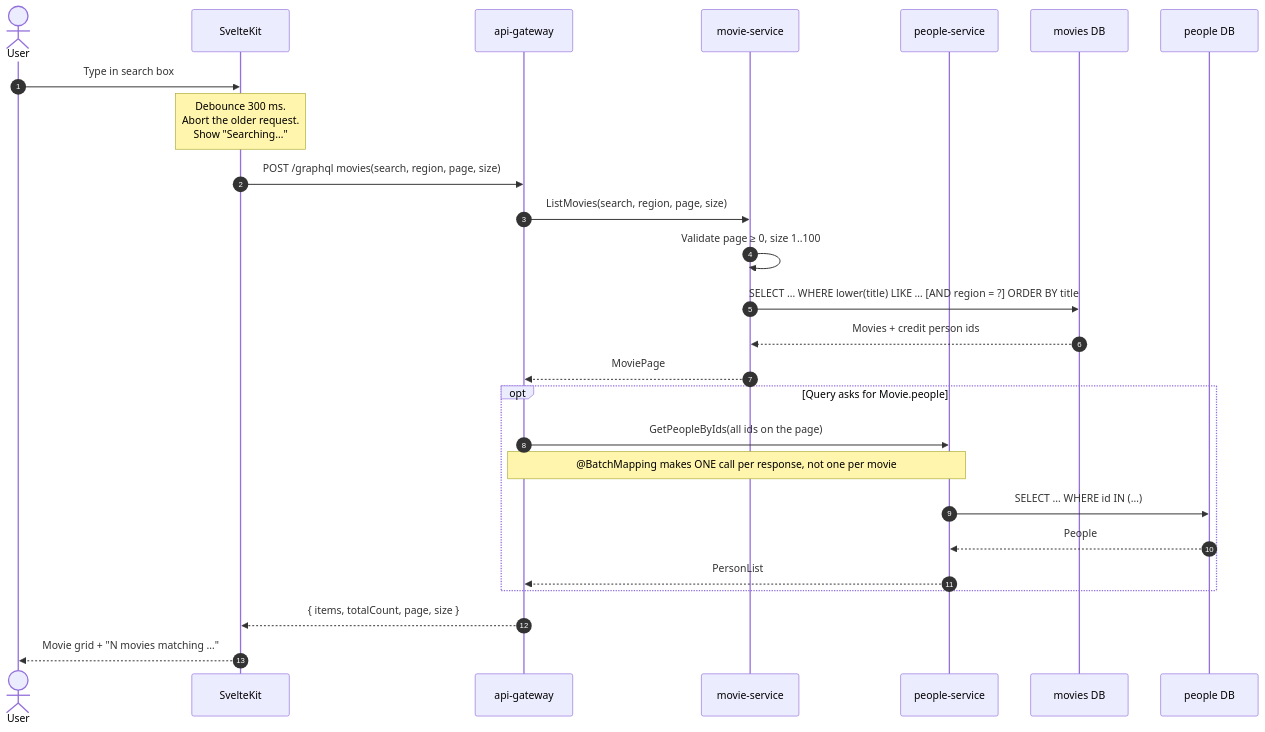
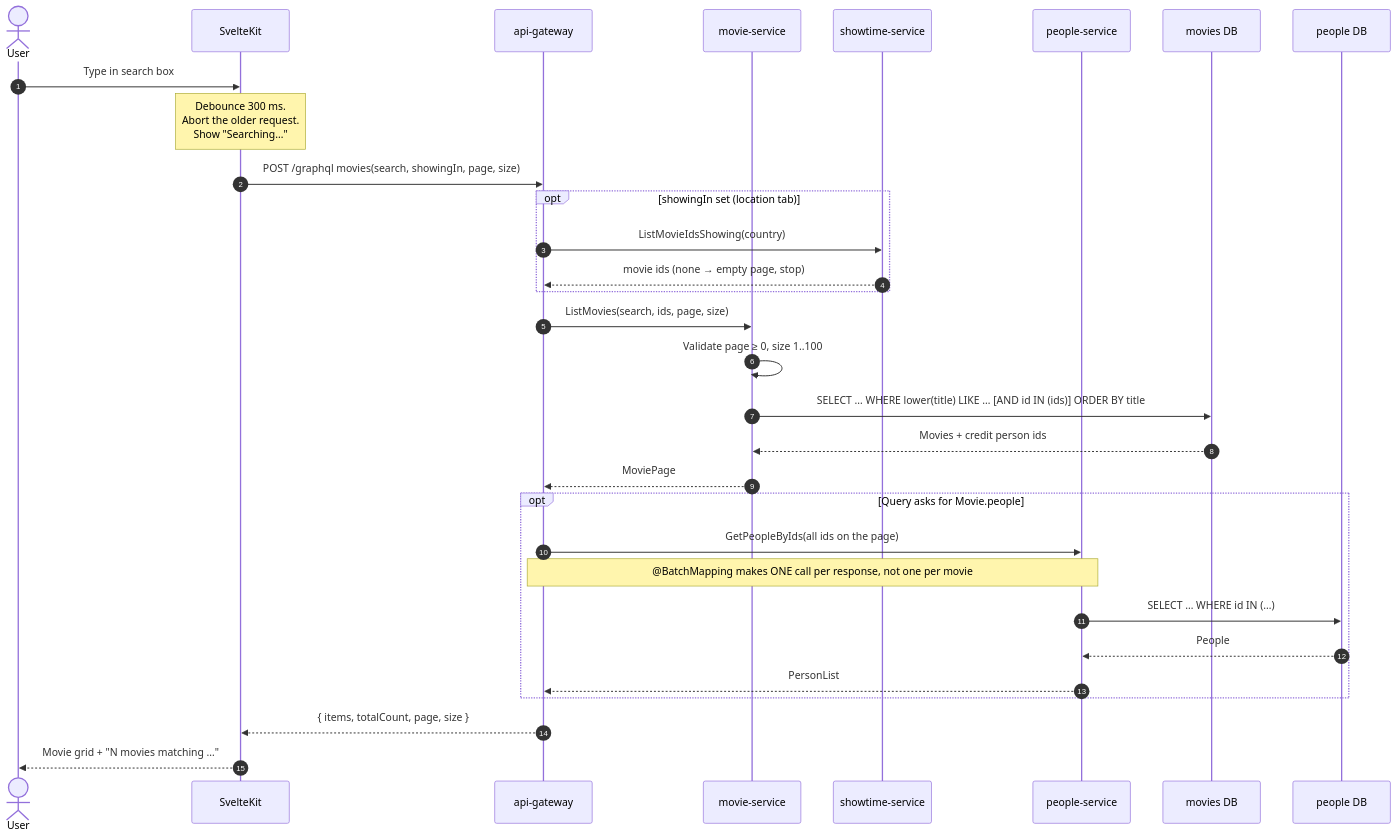
One commit to ARUNKUMAR-CHANDRASEKAR/MovieManagementSystem changed the fifth of 9 diagrams in docs/diagrams.md. Above: the diagram before and after it, drawn with Mermaid. The commit also changed other lines of this file and 71 other files, not shown here.

Commit message:
feat: MOVIE-0001 - implement showtime booking system

````diff
--- a/docs/diagrams.md
+++ b/docs/diagrams.md
@@ -70,29 +113,34 @@
 ```mermaid
 sequenceDiagram
     autonumber
     actor U as User
     participant UI as SvelteKit
     participant GW as api-gateway
     participant MS as movie-service
+    participant SS as showtime-service
     participant PS as people-service
     participant MDB as movies DB
     participant PDB as people DB
 
     U->>UI: Type in search box
     Note over UI: Debounce 300 ms.<br/>Abort the older request.<br/>Show "Searching…"
-    UI->>GW: POST /graphql movies(search, region, page, size)
-    GW->>MS: ListMovies(search, region, page, size)
+    UI->>GW: POST /graphql movies(search, showingIn, page, size)
+    opt showingIn set (location tab)
+        GW->>SS: ListMovieIdsShowing(country)
+        SS-->>GW: movie ids (none → empty page, stop)
+    end
+    GW->>MS: ListMovies(search, ids, page, size)
     MS->>MS: Validate page ≥ 0, size 1..100
-    MS->>MDB: SELECT … WHERE lower(title) LIKE … [AND region = ?] ORDER BY title
+    MS->>MDB: SELECT … WHERE lower(title) LIKE … [AND id IN (ids)] ORDER BY title
     MDB-->>MS: Movies + credit person ids
     MS-->>GW: MoviePage
     opt Query asks for Movie.people
         GW->>PS: GetPeopleByIds(all ids on the page)
         Note over GW,PS: @BatchMapping makes ONE call per response, not one per movie
         PS->>PDB: SELECT … WHERE id IN (…)
         PDB-->>PS: People
         PS-->>GW: PersonList
     end
     GW-->>UI: { items, totalCount, page, size }
     UI-->>U: Movie grid + "N movies matching …"
 ```
````
